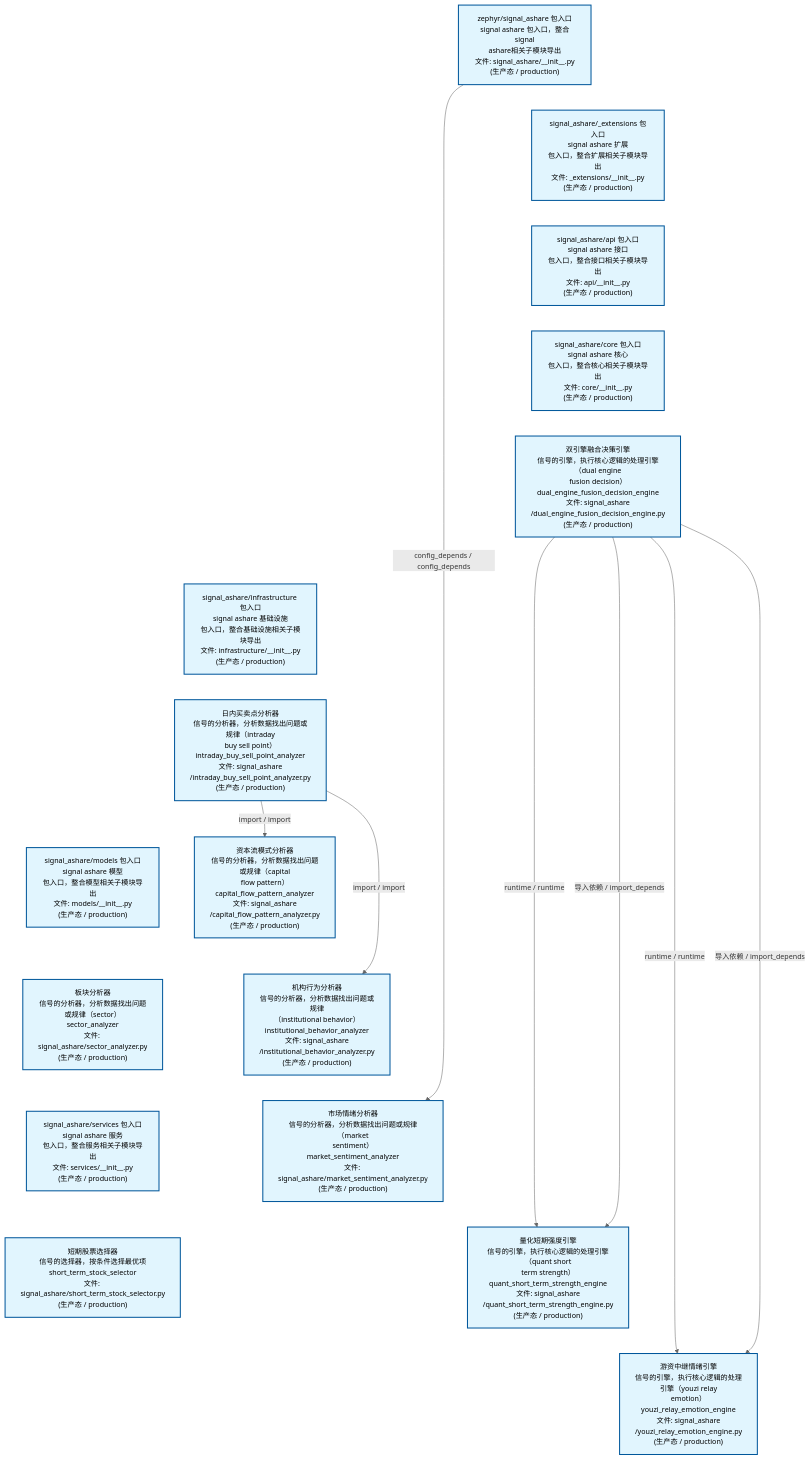
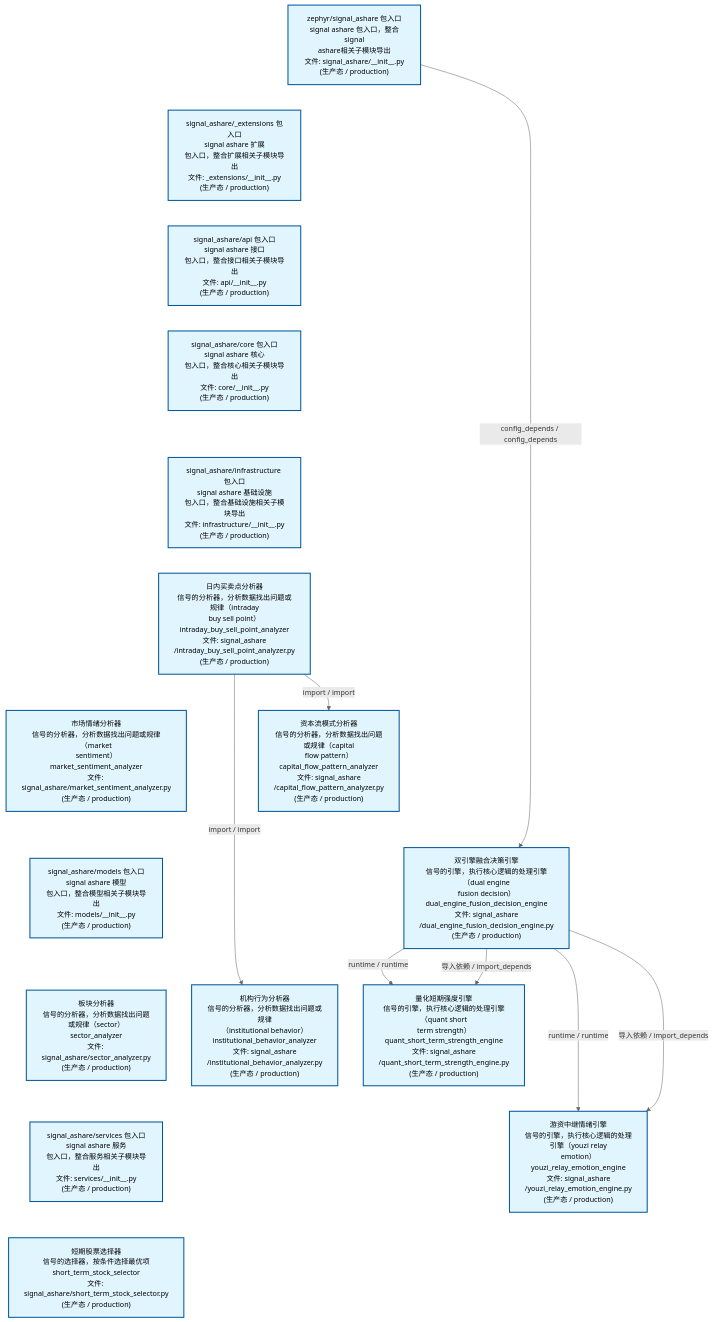
Before and after one commit to xuanFelixVan/ZephyrAlpha: the second of 4 diagrams in docs/02_enterprise_architecture/02_domain_architecture_docs/32_d_ashare_signal.md, drawn with Mermaid. The commit also changed other lines of this file and 45 other files, not shown here.

````diff
--- a/docs/02_enterprise_architecture/02_domain_architecture_docs/32_d_ashare_signal.md
+++ b/docs/02_enterprise_architecture/02_domain_architecture_docs/32_d_ashare_signal.md
@@ -163,46 +163,45 @@
 ```mermaid
 %%{init: {'theme': 'base', 'themeVariables': {'primaryColor': '#eaeaea', 'primaryTextColor': '#333333', 'primaryBorderColor': '#666666', 'lineColor': '#666666', 'secondaryColor': '#eaeaea', 'tertiaryColor': '#eaeaea', 'fontSize': '14px'}}}%%
 flowchart TD
     src_zephyr_signal_ashare_init_py["zephyr/signal_ashare 包入口<br/>signal ashare 包入口，整合signal<br/>ashare相关子模块导出<br/>文件: signal_ashare/__init__.py<br/>(生产态 / production)"]
     src_zephyr_signal_ashare_extensions_init_py["signal_ashare/_extensions 包入口<br/>signal ashare 扩展<br/>包入口，整合扩展相关子模块导出<br/>文件: _extensions/__init__.py<br/>(生产态 / production)"]
     src_zephyr_signal_ashare_api_init_py["signal_ashare/api 包入口<br/>signal ashare 接口<br/>包入口，整合接口相关子模块导出<br/>文件: api/__init__.py<br/>(生产态 / production)"]
     src_zephyr_signal_ashare_core_init_py["signal_ashare/core 包入口<br/>signal ashare 核心<br/>包入口，整合核心相关子模块导出<br/>文件: core/__init__.py<br/>(生产态 / production)"]
-    src_zephyr_signal_ashare_dual_engine_fusion_decision_engine_py["双引擎融合决策引擎<br/>信号的引擎，执行核心逻辑的处理引擎（dual engine<br/>fusion decision）<br/>dual_engine_fusion_decision_engine<br/>文件: signal_ashare<br/>/dual_engine_fusion_decision_engine.py<br/>(生产态 / production)"]
     src_zephyr_signal_ashare_infrastructure_init_py["signal_ashare/infrastructure 包入口<br/>signal ashare 基础设施<br/>包入口，整合基础设施相关子模块导出<br/>文件: infrastructure/__init__.py<br/>(生产态 / production)"]
     src_zephyr_signal_ashare_intraday_buy_sell_point_analyzer_py["日内买卖点分析器<br/>信号的分析器，分析数据找出问题或规律（intraday<br/>buy sell point）<br/>intraday_buy_sell_point_analyzer<br/>文件: signal_ashare<br/>/intraday_buy_sell_point_analyzer.py<br/>(生产态 / production)"]
+    src_zephyr_signal_ashare_market_sentiment_analyzer_py["市场情绪分析器<br/>信号的分析器，分析数据找出问题或规律（market<br/>sentiment）<br/>market_sentiment_analyzer<br/>文件: signal_ashare/market_sentiment_analyzer.py<br/>(生产态 / production)"]
     src_zephyr_signal_ashare_models_init_py["signal_ashare/models 包入口<br/>signal ashare 模型<br/>包入口，整合模型相关子模块导出<br/>文件: models/__init__.py<br/>(生产态 / production)"]
     src_zephyr_signal_ashare_sector_analyzer_py["板块分析器<br/>信号的分析器，分析数据找出问题或规律（sector）<br/>sector_analyzer<br/>文件: signal_ashare/sector_analyzer.py<br/>(生产态 / production)"]
     src_zephyr_signal_ashare_services_init_py["signal_ashare/services 包入口<br/>signal ashare 服务<br/>包入口，整合服务相关子模块导出<br/>文件: services/__init__.py<br/>(生产态 / production)"]
     src_zephyr_signal_ashare_short_term_stock_selector_py["短期股票选择器<br/>信号的选择器，按条件选择最优项<br/>short_term_stock_selector<br/>文件: signal_ashare/short_term_stock_selector.py<br/>(生产态 / production)"]
     src_zephyr_signal_ashare_init_py ~~~ src_zephyr_signal_ashare_extensions_init_py
     src_zephyr_signal_ashare_extensions_init_py ~~~ src_zephyr_signal_ashare_api_init_py
     src_zephyr_signal_ashare_api_init_py ~~~ src_zephyr_signal_ashare_core_init_py
-    src_zephyr_signal_ashare_core_init_py ~~~ src_zephyr_signal_ashare_dual_engine_fusion_decision_engine_py
-    src_zephyr_signal_ashare_dual_engine_fusion_decision_engine_py ~~~ src_zephyr_signal_ashare_infrastructure_init_py
+    src_zephyr_signal_ashare_core_init_py ~~~ src_zephyr_signal_ashare_infrastructure_init_py
     src_zephyr_signal_ashare_infrastructure_init_py ~~~ src_zephyr_signal_ashare_intraday_buy_sell_point_analyzer_py
-    src_zephyr_signal_ashare_intraday_buy_sell_point_analyzer_py ~~~ src_zephyr_signal_ashare_models_init_py
+    src_zephyr_signal_ashare_intraday_buy_sell_point_analyzer_py ~~~ src_zephyr_signal_ashare_market_sentiment_analyzer_py
+    src_zephyr_signal_ashare_market_sentiment_analyzer_py ~~~ src_zephyr_signal_ashare_models_init_py
     src_zephyr_signal_ashare_models_init_py ~~~ src_zephyr_signal_ashare_sector_analyzer_py
     src_zephyr_signal_ashare_sector_analyzer_py ~~~ src_zephyr_signal_ashare_services_init_py
     src_zephyr_signal_ashare_services_init_py ~~~ src_zephyr_signal_ashare_short_term_stock_selector_py
     src_zephyr_signal_ashare_capital_flow_pattern_analyzer_py["资本流模式分析器<br/>信号的分析器，分析数据找出问题或规律（capital<br/>flow pattern）<br/>capital_flow_pattern_analyzer<br/>文件: signal_ashare<br/>/capital_flow_pattern_analyzer.py<br/>(生产态 / production)"]
+    src_zephyr_signal_ashare_dual_engine_fusion_decision_engine_py["双引擎融合决策引擎<br/>信号的引擎，执行核心逻辑的处理引擎（dual engine<br/>fusion decision）<br/>dual_engine_fusion_decision_engine<br/>文件: signal_ashare<br/>/dual_engine_fusion_decision_engine.py<br/>(生产态 / production)"]
     src_zephyr_signal_ashare_institutional_behavior_analyzer_py["机构行为分析器<br/>信号的分析器，分析数据找出问题或规律<br/>（institutional behavior）<br/>institutional_behavior_analyzer<br/>文件: signal_ashare<br/>/institutional_behavior_analyzer.py<br/>(生产态 / production)"]
-    src_zephyr_signal_ashare_market_sentiment_analyzer_py["市场情绪分析器<br/>信号的分析器，分析数据找出问题或规律（market<br/>sentiment）<br/>market_sentiment_analyzer<br/>文件: signal_ashare/market_sentiment_analyzer.py<br/>(生产态 / production)"]
+    src_zephyr_signal_ashare_capital_flow_pattern_analyzer_py ~~~ src_zephyr_signal_ashare_dual_engine_fusion_decision_engine_py
+    src_zephyr_signal_ashare_dual_engine_fusion_decision_engine_py ~~~ src_zephyr_signal_ashare_institutional_behavior_analyzer_py
     src_zephyr_signal_ashare_quant_short_term_strength_engine_py["量化短期强度引擎<br/>信号的引擎，执行核心逻辑的处理引擎（quant short<br/>term strength）<br/>quant_short_term_strength_engine<br/>文件: signal_ashare<br/>/quant_short_term_strength_engine.py<br/>(生产态 / production)"]
     src_zephyr_signal_ashare_youzi_relay_emotion_engine_py["游资中继情绪引擎<br/>信号的引擎，执行核心逻辑的处理引擎（youzi relay<br/>emotion）<br/>youzi_relay_emotion_engine<br/>文件: signal_ashare<br/>/youzi_relay_emotion_engine.py<br/>(生产态 / production)"]
-    src_zephyr_signal_ashare_capital_flow_pattern_analyzer_py ~~~ src_zephyr_signal_ashare_institutional_behavior_analyzer_py
-    src_zephyr_signal_ashare_institutional_behavior_analyzer_py ~~~ src_zephyr_signal_ashare_market_sentiment_analyzer_py
-    src_zephyr_signal_ashare_market_sentiment_analyzer_py ~~~ src_zephyr_signal_ashare_quant_short_term_strength_engine_py
     src_zephyr_signal_ashare_quant_short_term_strength_engine_py ~~~ src_zephyr_signal_ashare_youzi_relay_emotion_engine_py
+    src_zephyr_signal_ashare_dual_engine_fusion_decision_engine_py -->|runtime / runtime| src_zephyr_signal_ashare_quant_short_term_strength_engine_py
+    src_zephyr_signal_ashare_dual_engine_fusion_decision_engine_py -->|导入依赖 / import_depends| src_zephyr_signal_ashare_quant_short_term_strength_engine_py
     src_zephyr_signal_ashare_dual_engine_fusion_decision_engine_py -->|runtime / runtime| src_zephyr_signal_ashare_youzi_relay_emotion_engine_py
     src_zephyr_signal_ashare_dual_engine_fusion_decision_engine_py -->|导入依赖 / import_depends| src_zephyr_signal_ashare_youzi_relay_emotion_engine_py
-    src_zephyr_signal_ashare_dual_engine_fusion_decision_engine_py -->|runtime / runtime| src_zephyr_signal_ashare_quant_short_term_strength_engine_py
-    src_zephyr_signal_ashare_dual_engine_fusion_decision_engine_py -->|导入依赖 / import_depends| src_zephyr_signal_ashare_quant_short_term_strength_engine_py
+    src_zephyr_signal_ashare_intraday_buy_sell_point_analyzer_py -->|import / import| src_zephyr_signal_ashare_institutional_behavior_analyzer_py
     src_zephyr_signal_ashare_intraday_buy_sell_point_analyzer_py -->|import / import| src_zephyr_signal_ashare_capital_flow_pattern_analyzer_py
-    src_zephyr_signal_ashare_intraday_buy_sell_point_analyzer_py -->|import / import| src_zephyr_signal_ashare_institutional_behavior_analyzer_py
-    src_zephyr_signal_ashare_init_py -->|config_depends / config_depends| src_zephyr_signal_ashare_market_sentiment_analyzer_py
+    src_zephyr_signal_ashare_init_py -->|config_depends / config_depends| src_zephyr_signal_ashare_dual_engine_fusion_decision_engine_py
     classDef production fill:#e1f5fe,stroke:#01579b,stroke-width:2px,color:#000
     classDef design fill:#fff3e0,stroke:#e65100,stroke-width:2px,color:#000,stroke-dasharray: 5 5
     classDef external_prod fill:#e8f4fd,stroke:#0277bd,stroke-width:1px,color:#000
     classDef external_design fill:#fff8e7,stroke:#ef6c00,stroke-width:1px,color:#000,stroke-dasharray: 5 5
     class src_zephyr_signal_ashare_init_py,src_zephyr_signal_ashare_extensions_init_py,src_zephyr_signal_ashare_api_init_py,src_zephyr_signal_ashare_capital_flow_pattern_analyzer_py,src_zephyr_signal_ashare_core_init_py,src_zephyr_signal_ashare_dual_engine_fusion_decision_engine_py,src_zephyr_signal_ashare_infrastructure_init_py,src_zephyr_signal_ashare_institutional_behavior_analyzer_py,src_zephyr_signal_ashare_intraday_buy_sell_point_analyzer_py,src_zephyr_signal_ashare_market_sentiment_analyzer_py,src_zephyr_signal_ashare_models_init_py,src_zephyr_signal_ashare_quant_short_term_strength_engine_py,src_zephyr_signal_ashare_sector_analyzer_py,src_zephyr_signal_ashare_services_init_py,src_zephyr_signal_ashare_short_term_stock_selector_py,src_zephyr_signal_ashare_youzi_relay_emotion_engine_py production
 ```
````
